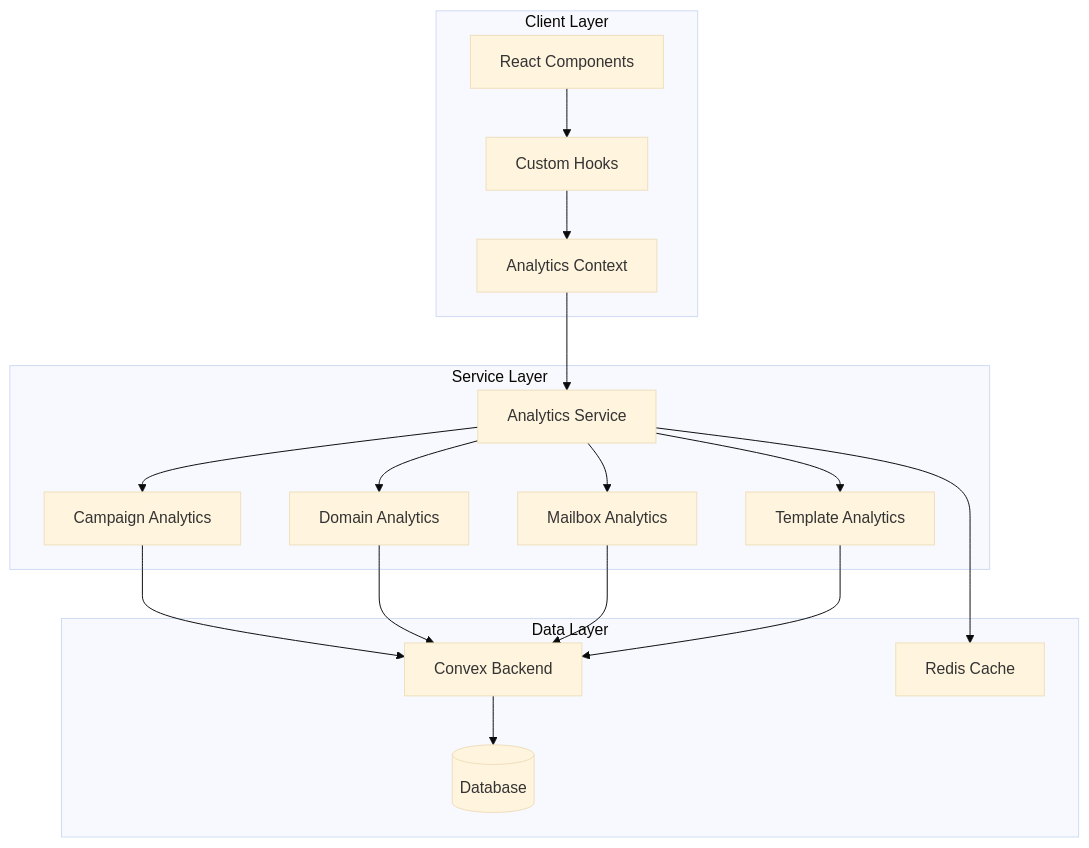
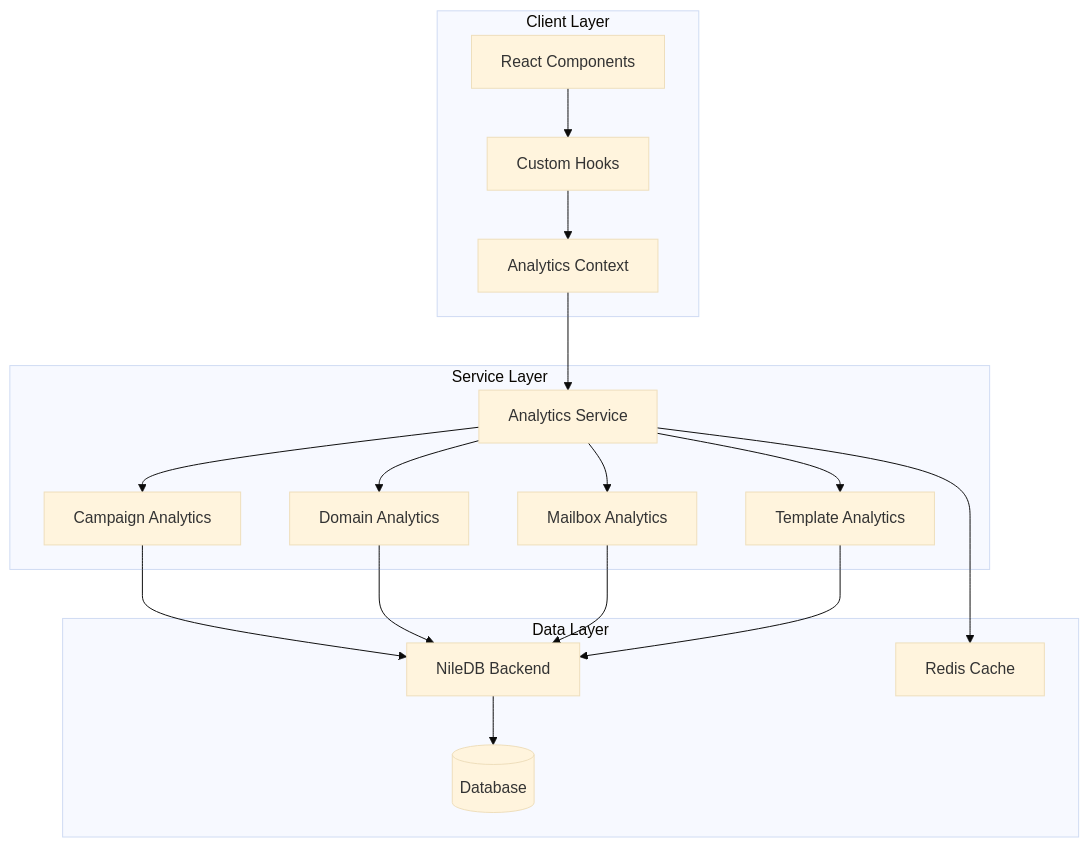
One commit to penguinmails/client changed the diagram in docs/features/analytics/ARCHITECTURE.md. Above: the diagram before and after it, drawn with Mermaid (base theme). The commit also changed other lines of this file and 26 other files, not shown here.

````diff
--- a/docs/features/analytics/ARCHITECTURE.md
+++ b/docs/features/analytics/ARCHITECTURE.md
@@ -9,38 +9,38 @@
 ```mermaid
 graph TB
     subgraph "Client Layer"
         UI[React Components]
         Hooks[Custom Hooks]
         Context[Analytics Context]
     end
 
     subgraph "Service Layer"
         AS[Analytics Service]
         CAS[Campaign Analytics]
         DAS[Domain Analytics]
         MAS[Mailbox Analytics]
         TAS[Template Analytics]
     end
 
     subgraph "Data Layer"
-        Convex[Convex Backend]
+        Nile[NileDB Backend]
         Cache[Redis Cache]
         DB[(Database)]
     end
 
     UI --> Hooks
     Hooks --> Context
     Context --> AS
     AS --> CAS
     AS --> DAS
     AS --> MAS
     AS --> TAS
 
-    CAS --> Convex
-    DAS --> Convex
-    MAS --> Convex
-    TAS --> Convex
+    CAS --> Nile
+    DAS --> Nile
+    MAS --> Nile
+    TAS --> Nile
 
     AS --> Cache
-    Convex --> DB
+    Nile --> DB
 ```
````
